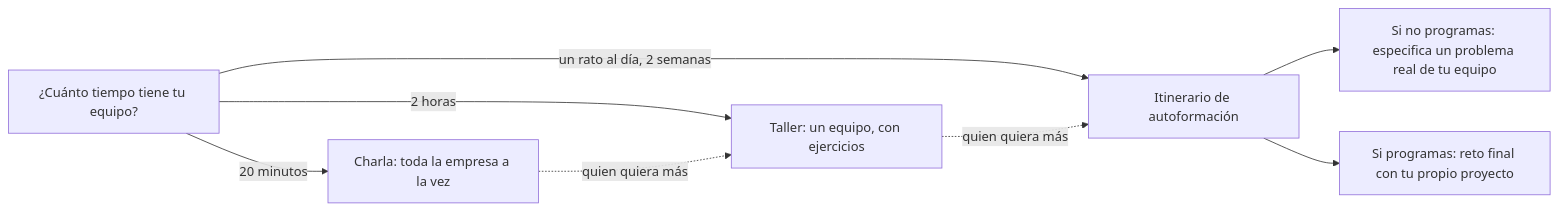
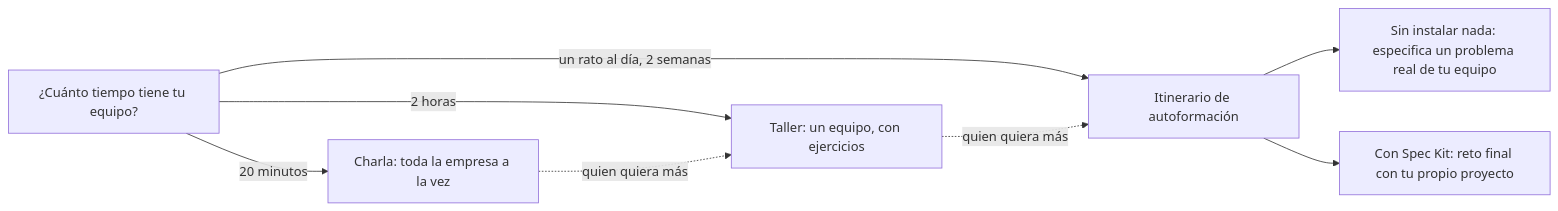
The diagram in charla/guia-del-facilitador.md (antroc/charla-sdd), drawn with Mermaid before and after one commit. The commit also changed other lines of this file and 13 other files, not shown here.

````diff
--- a/charla/guia-del-facilitador.md
+++ b/charla/guia-del-facilitador.md
@@ -53,10 +53,10 @@
 ```mermaid
 flowchart LR
   inicio["¿Cuánto tiempo tiene tu equipo?"] -->|"20 minutos"| charla["Charla: toda la empresa a la vez"]
   inicio -->|"2 horas"| taller["Taller: un equipo, con ejercicios"]
   inicio -->|"un rato al día, 2 semanas"| itinerario["Itinerario de autoformación"]
   charla -.->|"quien quiera más"| taller
   taller -.->|"quien quiera más"| itinerario
-  itinerario --> negocio["Si no programas: especifica un problema real de tu equipo"]
-  itinerario --> tecnico["Si programas: reto final con tu propio proyecto"]
+  itinerario --> sinHerramientas["Sin instalar nada: especifica un problema real de tu equipo"]
+  itinerario --> conSpecKit["Con Spec Kit: reto final con tu propio proyecto"]
 ```
````
